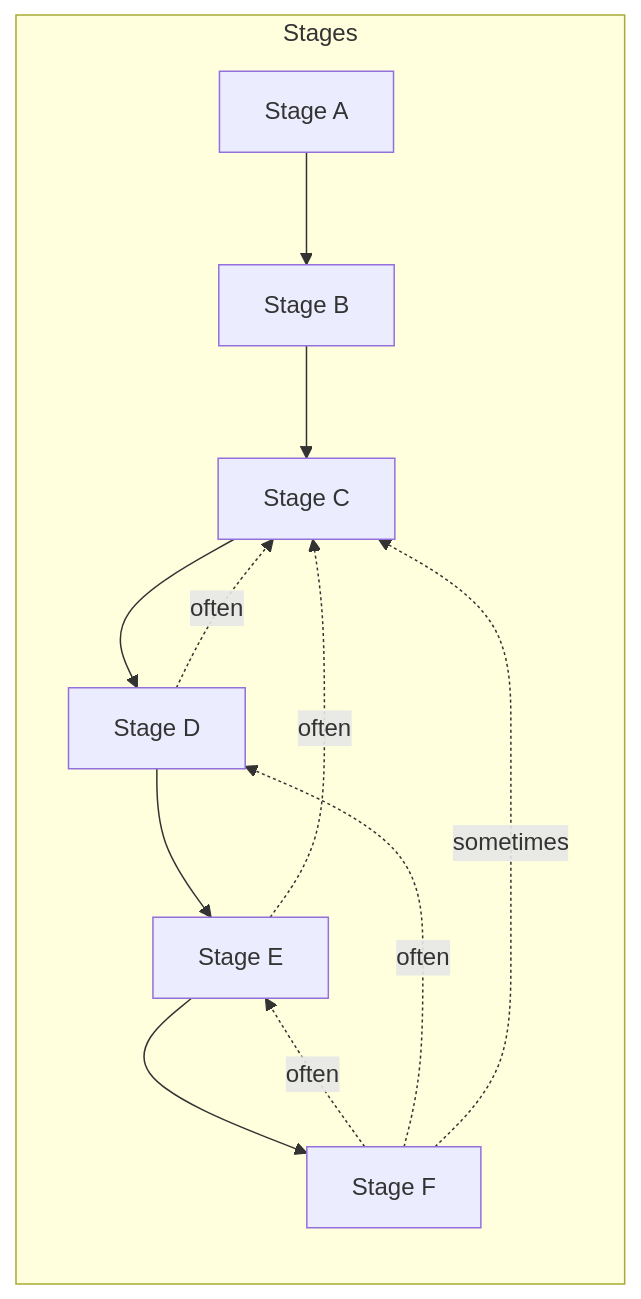
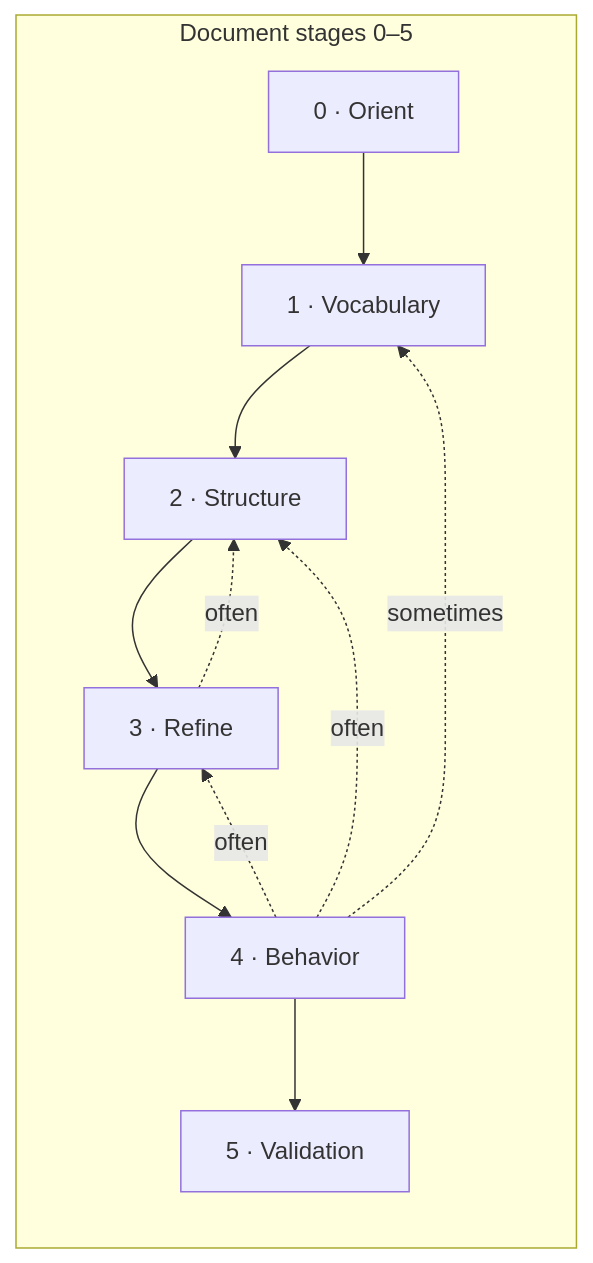
One commit to abd-works/agilebydesign-skills changed the diagram in skills/abd-ooad/content/parts/process.md. Above: the diagram before and after it, drawn with Mermaid. The commit also changed other lines of this file and 4322 other files, not shown here.

````diff
--- a/skills/abd-ooad/content/parts/process.md
+++ b/skills/abd-ooad/content/parts/process.md
@@ -41,15 +294,14 @@
 ```mermaid
 flowchart LR
-  subgraph stages [Stages]
-    A[Stage A] --> B[Stage B]
-    B --> C[Stage C]
-    C --> D[Stage D]
-    D --> E[Stage E]
-    E --> F[Stage F]
+  subgraph doc [Document stages 0–5]
+    S0[0 · Orient] --> S1[1 · Vocabulary]
+    S1 --> S2[2 · Structure]
+    S2 --> S3[3 · Refine]
+    S3 --> S4[4 · Behavior]
+    S4 --> S5[5 · Validation]
   end
-  F -.->|often| E
-  F -.->|often| D
-  F -.->|sometimes| C
-  D -.->|often| C
-  E -.->|often| C
+  S4 -.->|often| S3
+  S4 -.->|often| S2
+  S4 -.->|sometimes| S1
+  S3 -.->|often| S2
 ```
````
